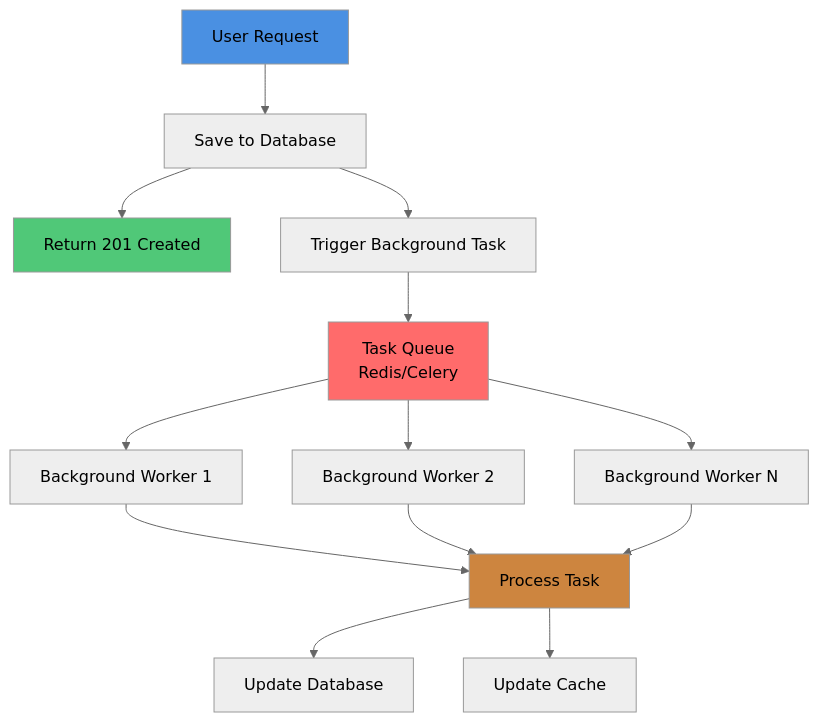
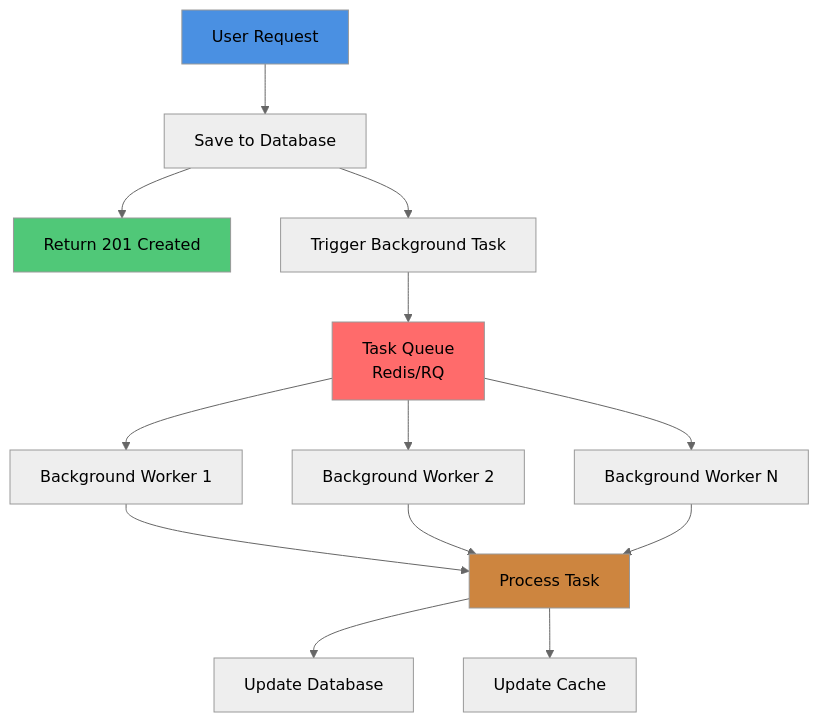
Diagram 14 of 21 in docs/ARCHITECTURE.md (Ujjwaljain16/Fuze), drawn with Mermaid (neutral theme) before and after one commit. The commit also changed other lines of this file and 2 other files, not shown here.

````diff
--- a/docs/ARCHITECTURE.md
+++ b/docs/ARCHITECTURE.md
@@ -727,24 +837,24 @@
 ```mermaid
 graph TB
     Request[User Request] --> SaveData[Save to Database]
     SaveData --> ReturnResponse[Return 201 Created]
     SaveData --> TriggerAsync[Trigger Background Task]
     
-    TriggerAsync --> Queue[Task Queue<br/>Redis/Celery]
+    TriggerAsync --> Queue[Task Queue<br/>Redis/RQ]
     
     Queue --> Worker1[Background Worker 1]
     Queue --> Worker2[Background Worker 2]
     Queue --> WorkerN[Background Worker N]
     
     Worker1 --> ProcessTask[Process Task]
     Worker2 --> ProcessTask
     WorkerN --> ProcessTask
     
     ProcessTask --> UpdateDB[Update Database]
     ProcessTask --> UpdateCache[Update Cache]
     
     style Request fill:#4a90e2
     style ReturnResponse fill:#50c878
     style Queue fill:#ff6b6b
     style ProcessTask fill:#cd853f
 ```
````
